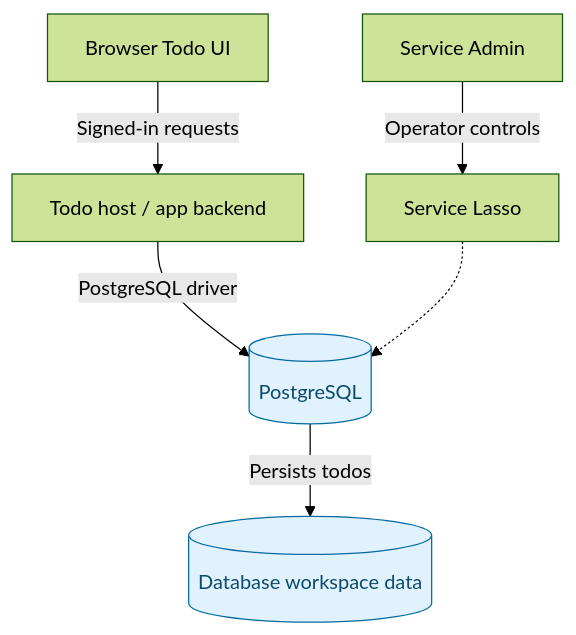
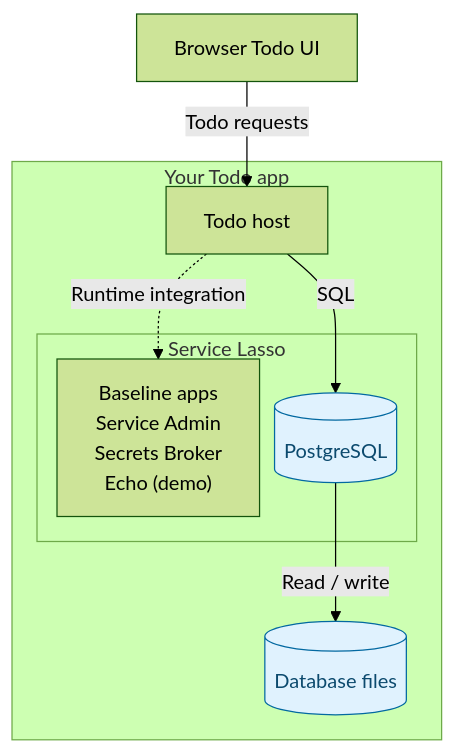
Before and after one commit to service-lasso/service-lasso: the diagram in docs/getting-started/intermediate-make-todo-app-durable.md, drawn with Mermaid (forest theme). The commit also changed other lines of this file and 4 other files, not shown here.

Commit message:
docs(1656): show cumulative Service Lasso boundaries

````diff
--- a/docs/getting-started/intermediate-make-todo-app-durable.md
+++ b/docs/getting-started/intermediate-make-todo-app-durable.md
@@ -18,12 +16,21 @@
 ```mermaid
+%%{init: {"flowchart": {"nodeSpacing": 12, "rankSpacing": 40}}}%%
 flowchart TB
-  accTitle: Stage 2: PostgreSQL durability
-  accDescr: The Todo app backend connects to managed PostgreSQL and durable database workspace data. Service Admin controls Lasso database supervision.
-  browser["Browser Todo UI"] -->|Signed-in requests| host["Todo host / app backend"]
-  host -->|PostgreSQL driver| db[("PostgreSQL")]
-  db -->|Persists todos| data[("Database workspace data")]
-  admin["Service Admin"] -->|Operator controls| lasso["Service Lasso"]
-  lasso -.-> db
+  accTitle: Stage 2: Todo application and managed services
+  accDescr: The Todo application owns its host and storage. Service Lasso manages Service Admin, Secrets Broker and Echo, with PostgreSQL added in stage 2 and a Go Todo API added in stage 3. Local JSON and database files are storage, not services.
+  browser["Browser Todo UI"]
+  subgraph app["Your Todo app"]
+    host["Todo host"]
+    subgraph lasso["Service Lasso"]
+      baseline["Baseline apps<br/>Service Admin<br/>Secrets Broker<br/>Echo (demo)"]
+      db[("PostgreSQL")]
+    end
+    data[("Database files")]
+  end
+  browser -->|Todo requests| host
+  host -->|SQL| db
+  db -->|Read / write| data
+  host -. Runtime integration .-> baseline
   classDef added fill:#e0f2fe,stroke:#0369a1,color:#0c4a6e
   class db,data added
 ```
````
